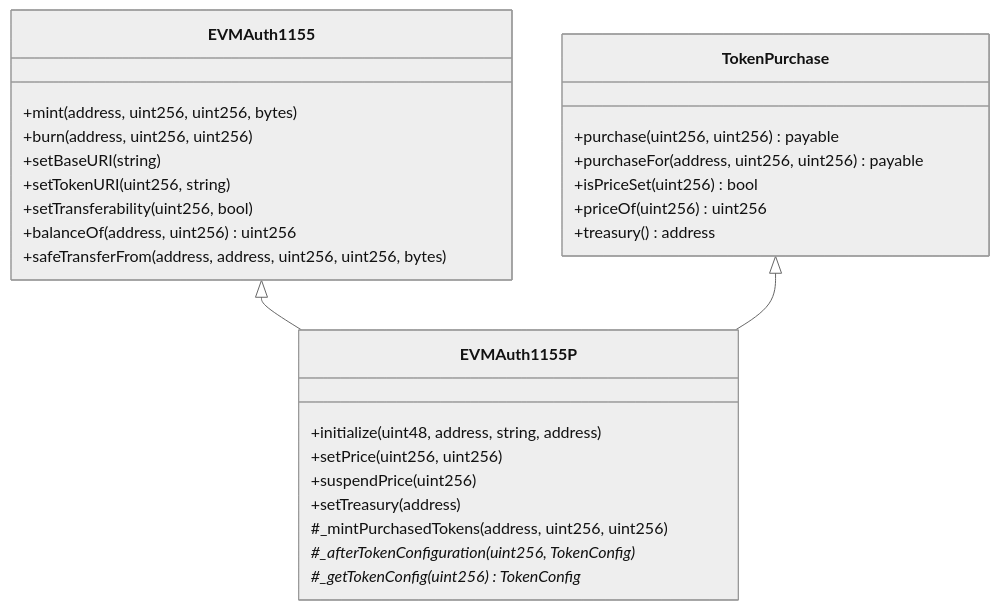
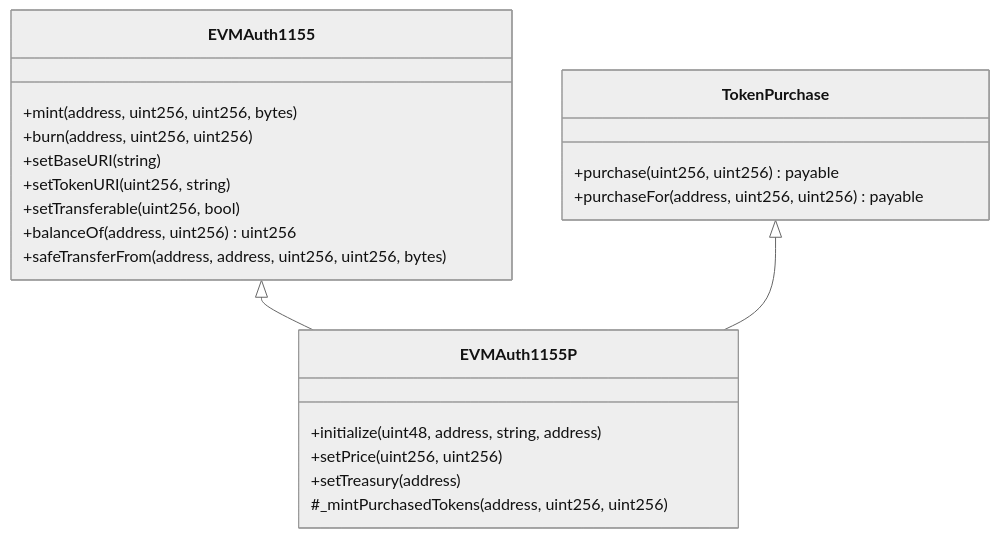
Before and after one commit to glanzz/evmauth-core: the eighth of 18 diagrams in src/README.md, drawn with Mermaid (neutral theme). The commit also changed other lines of this file and 28 other files, not shown here.

Commit message:
refactor: simplify token config

````diff
--- a/src/README.md
+++ b/src/README.md
@@ -509,31 +478,25 @@
 ```mermaid
 classDiagram
     class EVMAuth1155{
         +mint(address, uint256, uint256, bytes)
         +burn(address, uint256, uint256)
         +setBaseURI(string)
         +setTokenURI(uint256, string)
-        +setTransferability(uint256, bool)
+        +setTransferable(uint256, bool)
         +balanceOf(address, uint256) uint256
         +safeTransferFrom(address, address, uint256, uint256, bytes)
     }
     class TokenPurchase{
         +purchase(uint256, uint256) payable
         +purchaseFor(address, uint256, uint256) payable
-        +isPriceSet(uint256) bool
-        +priceOf(uint256) uint256
-        +treasury() address
     }
     class EVMAuth1155P{
         +initialize(uint48, address, string, address)
         +setPrice(uint256, uint256)
-        +suspendPrice(uint256)
         +setTreasury(address)
         #_mintPurchasedTokens(address, uint256, uint256)
-        #_afterTokenConfiguration(uint256, TokenConfig)*
-        #_getTokenConfig(uint256) TokenConfig*
     }
     
     EVMAuth1155 <|-- EVMAuth1155P
     TokenPurchase <|-- EVMAuth1155P
 ```
````
